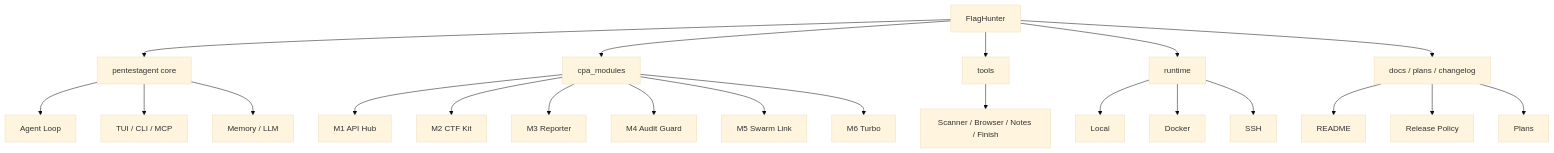
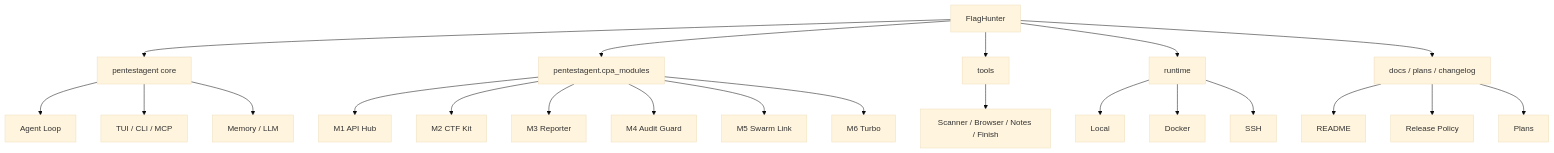
One commit to leilehuimieba/FlagHunter changed the diagram in README.md. Above: the diagram before and after it, drawn with Mermaid (base theme). The commit also changed 101 other files, not shown here.

````diff
--- a/README.md
+++ b/README.md
@@ -106,27 +106,27 @@
 ```mermaid
 flowchart TD
     A[FlagHunter] --> B[pentestagent core]
-    A --> C[cpa_modules]
+    A --> C[pentestagent.cpa_modules]
     A --> D[tools]
     A --> E[runtime]
     A --> F[docs / plans / changelog]
 
     B --> B1[Agent Loop]
     B --> B2[TUI / CLI / MCP]
     B --> B3[Memory / LLM]
 
     C --> C1[M1 API Hub]
     C --> C2[M2 CTF Kit]
     C --> C3[M3 Reporter]
     C --> C4[M4 Audit Guard]
     C --> C5[M5 Swarm Link]
     C --> C6[M6 Turbo]
 
     D --> D1[Scanner / Browser / Notes / Finish]
     E --> E1[Local]
     E --> E2[Docker]
     E --> E3[SSH]
     F --> F1[README]
     F --> F2[Release Policy]
     F --> F3[Plans]
 ```
````
